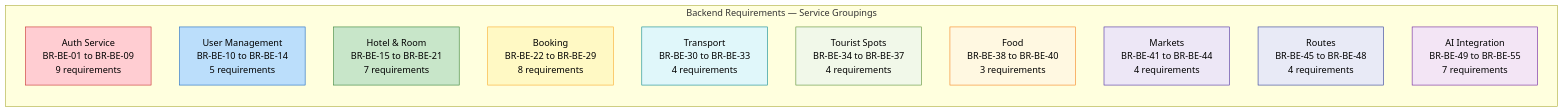
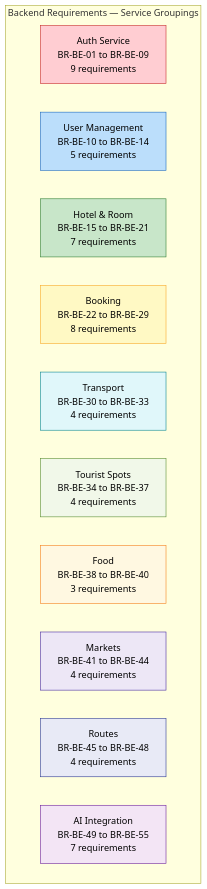
One commit to Habibul-Bashar-Mehedi/APTMS-md-files changed diagram 13 of 25 in requirements/updated-file/new-backend-brd-aptms.md. Above: the diagram before and after it, drawn with Mermaid. The commit also changed other lines of this file and 2 other files, not shown here.

````diff
--- a/requirements/updated-file/new-backend-brd-aptms.md
+++ b/requirements/updated-file/new-backend-brd-aptms.md
@@ -641,26 +641,26 @@
 ```mermaid
-graph LR
+graph TD
     subgraph REQ_MAP["Backend Requirements — Service Groupings"]
         R1["Auth Service\nBR-BE-01 to BR-BE-09\n9 requirements"]
         R2["User Management\nBR-BE-10 to BR-BE-14\n5 requirements"]
         R3["Hotel & Room\nBR-BE-15 to BR-BE-21\n7 requirements"]
         R4["Booking\nBR-BE-22 to BR-BE-29\n8 requirements"]
         R5["Transport\nBR-BE-30 to BR-BE-33\n4 requirements"]
         R6["Tourist Spots\nBR-BE-34 to BR-BE-37\n4 requirements"]
         R7["Food\nBR-BE-38 to BR-BE-40\n3 requirements"]
         R8["Markets\nBR-BE-41 to BR-BE-44\n4 requirements"]
         R9["Routes\nBR-BE-45 to BR-BE-48\n4 requirements"]
         R10["AI Integration\nBR-BE-49 to BR-BE-55\n7 requirements"]
     end
 
     style R1 fill:#FFCDD2,stroke:#C62828,color:#000
     style R2 fill:#BBDEFB,stroke:#1565C0,color:#000
     style R3 fill:#C8E6C9,stroke:#2E7D32,color:#000
     style R4 fill:#FFF9C4,stroke:#F9A825,color:#000
     style R5 fill:#E0F7FA,stroke:#00838F,color:#000
     style R6 fill:#F1F8E9,stroke:#558B2F,color:#000
     style R7 fill:#FFF8E1,stroke:#F57F17,color:#000
     style R8 fill:#EDE7F6,stroke:#4527A0,color:#000
     style R9 fill:#E8EAF6,stroke:#283593,color:#000
     style R10 fill:#F3E5F5,stroke:#6A1B9A,color:#000
 ```
````
